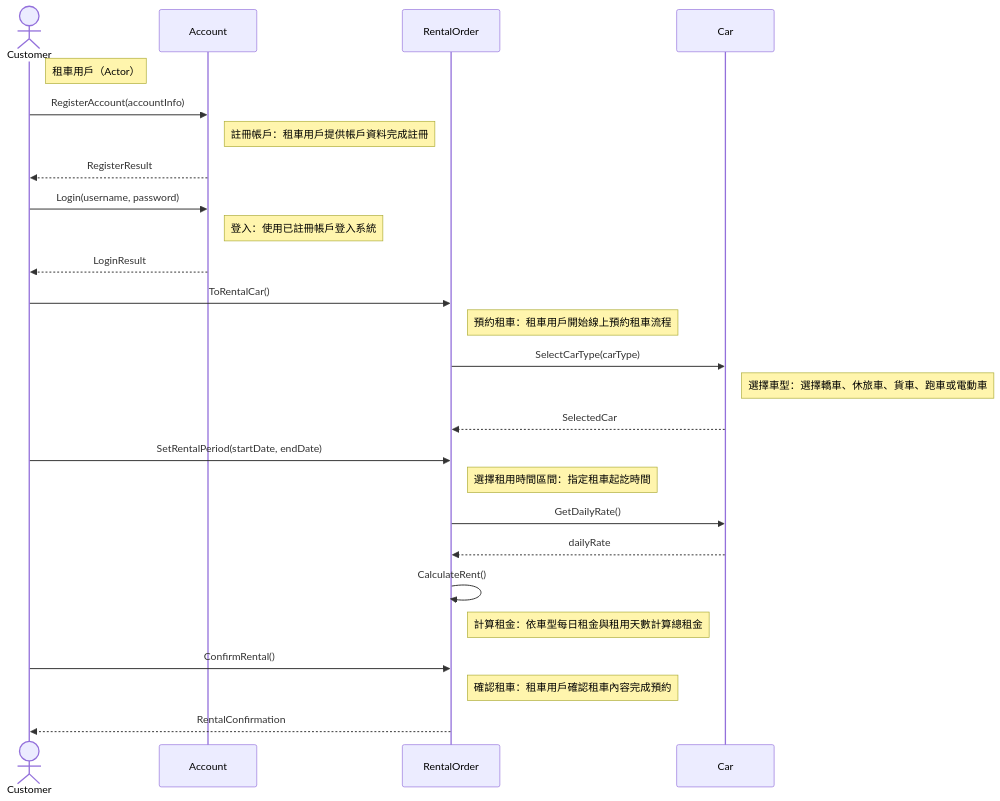
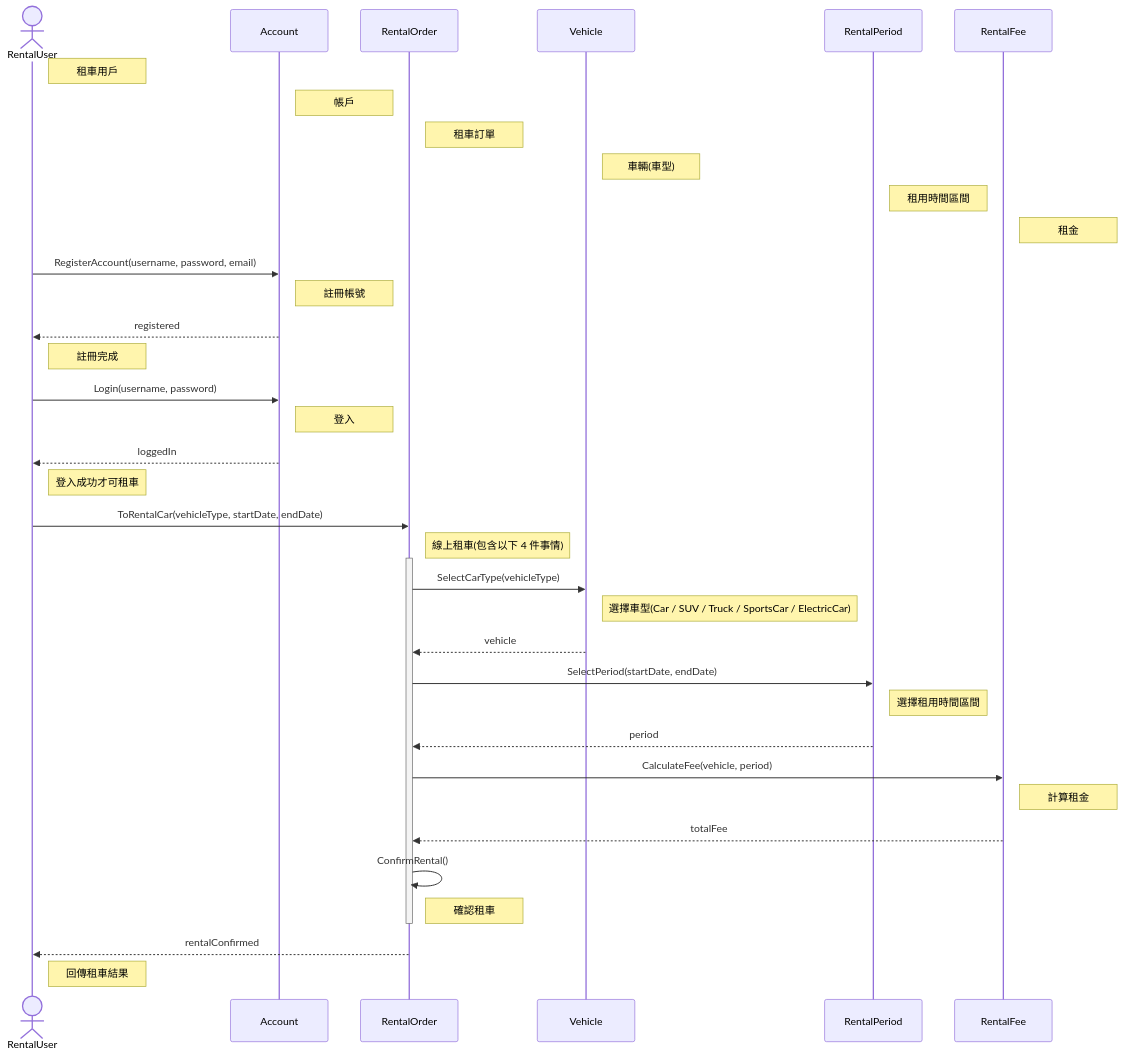
Before and after one commit to wugelis/Custom_Agent_Lab11-CC: the diagram in SD_01_車輛租用系統.md, drawn with Mermaid. The commit also changed other lines of this file and 2 other files, not shown here.

Commit message:
更新課程中完成的 UML Mermaid Diagram

````diff
--- a/SD_01_車輛租用系統.md
+++ b/SD_01_車輛租用系統.md
@@ -3,36 +3,49 @@
 ```mermaid
 sequenceDiagram
-    actor Customer
+    actor RentalUser
     participant Account
     participant RentalOrder
-    participant Car
+    participant Vehicle
+    participant RentalPeriod
+    participant RentalFee
 
-    Note right of Customer: 租車用戶（Actor）
+    Note right of RentalUser: 租車用戶
+    Note right of Account: 帳戶
+    Note right of RentalOrder: 租車訂單
+    Note right of Vehicle: 車輛(車型)
+    Note right of RentalPeriod: 租用時間區間
+    Note right of RentalFee: 租金
 
-    Customer->>Account: RegisterAccount(accountInfo)
-    Note right of Account: 註冊帳戶：租車用戶提供帳戶資料完成註冊
-    Account-->>Customer: RegisterResult
+    RentalUser->>Account: RegisterAccount(username, password, email)
+    Note right of Account: 註冊帳號
+    Account-->>RentalUser: registered
+    Note right of RentalUser: 註冊完成
 
-    Customer->>Account: Login(username, password)
-    Note right of Account: 登入：使用已註冊帳戶登入系統
-    Account-->>Customer: LoginResult
+    RentalUser->>Account: Login(username, password)
+    Note right of Account: 登入
+    Account-->>RentalUser: loggedIn
+    Note right of RentalUser: 登入成功才可租車
 
-    Customer->>RentalOrder: ToRentalCar()
-    Note right of RentalOrder: 預約租車：租車用戶開始線上預約租車流程
+    RentalUser->>RentalOrder: ToRentalCar(vehicleType, startDate, endDate)
+    Note right of RentalOrder: 線上租車(包含以下 4 件事情)
+    activate RentalOrder
 
-    RentalOrder->>Car: SelectCarType(carType)
-    Note right of Car: 選擇車型：選擇轎車、休旅車、貨車、跑車或電動車
-    Car-->>RentalOrder: SelectedCar
+    RentalOrder->>Vehicle: SelectCarType(vehicleType)
+    Note right of Vehicle: 選擇車型(Car / SUV / Truck / SportsCar / ElectricCar)
+    Vehicle-->>RentalOrder: vehicle
 
-    Customer->>RentalOrder: SetRentalPeriod(startDate, endDate)
-    Note right of RentalOrder: 選擇租用時間區間：指定租車起訖時間
+    RentalOrder->>RentalPeriod: SelectPeriod(startDate, endDate)
+    Note right of RentalPeriod: 選擇租用時間區間
+    RentalPeriod-->>RentalOrder: period
 
-    RentalOrder->>Car: GetDailyRate()
-    Car-->>RentalOrder: dailyRate
-    RentalOrder->>RentalOrder: CalculateRent()
-    Note right of RentalOrder: 計算租金：依車型每日租金與租用天數計算總租金
+    RentalOrder->>RentalFee: CalculateFee(vehicle, period)
+    Note right of RentalFee: 計算租金
+    RentalFee-->>RentalOrder: totalFee
 
-    Customer->>RentalOrder: ConfirmRental()
-    Note right of RentalOrder: 確認租車：租車用戶確認租車內容完成預約
-    RentalOrder-->>Customer: RentalConfirmation
+    RentalOrder->>RentalOrder: ConfirmRental()
+    Note right of RentalOrder: 確認租車
+
+    deactivate RentalOrder
+    RentalOrder-->>RentalUser: rentalConfirmed
+    Note right of RentalUser: 回傳租車結果
 ```
````
